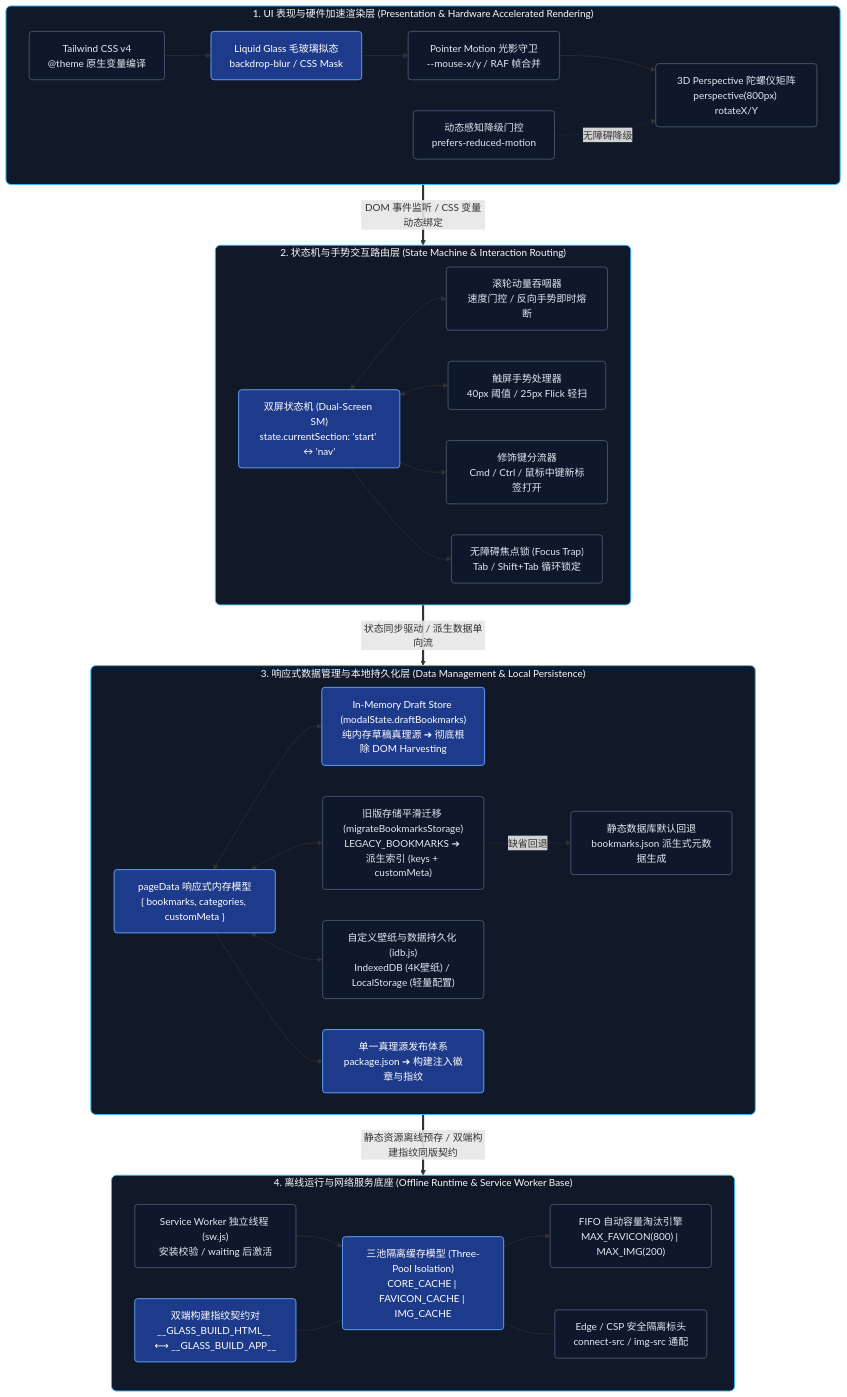
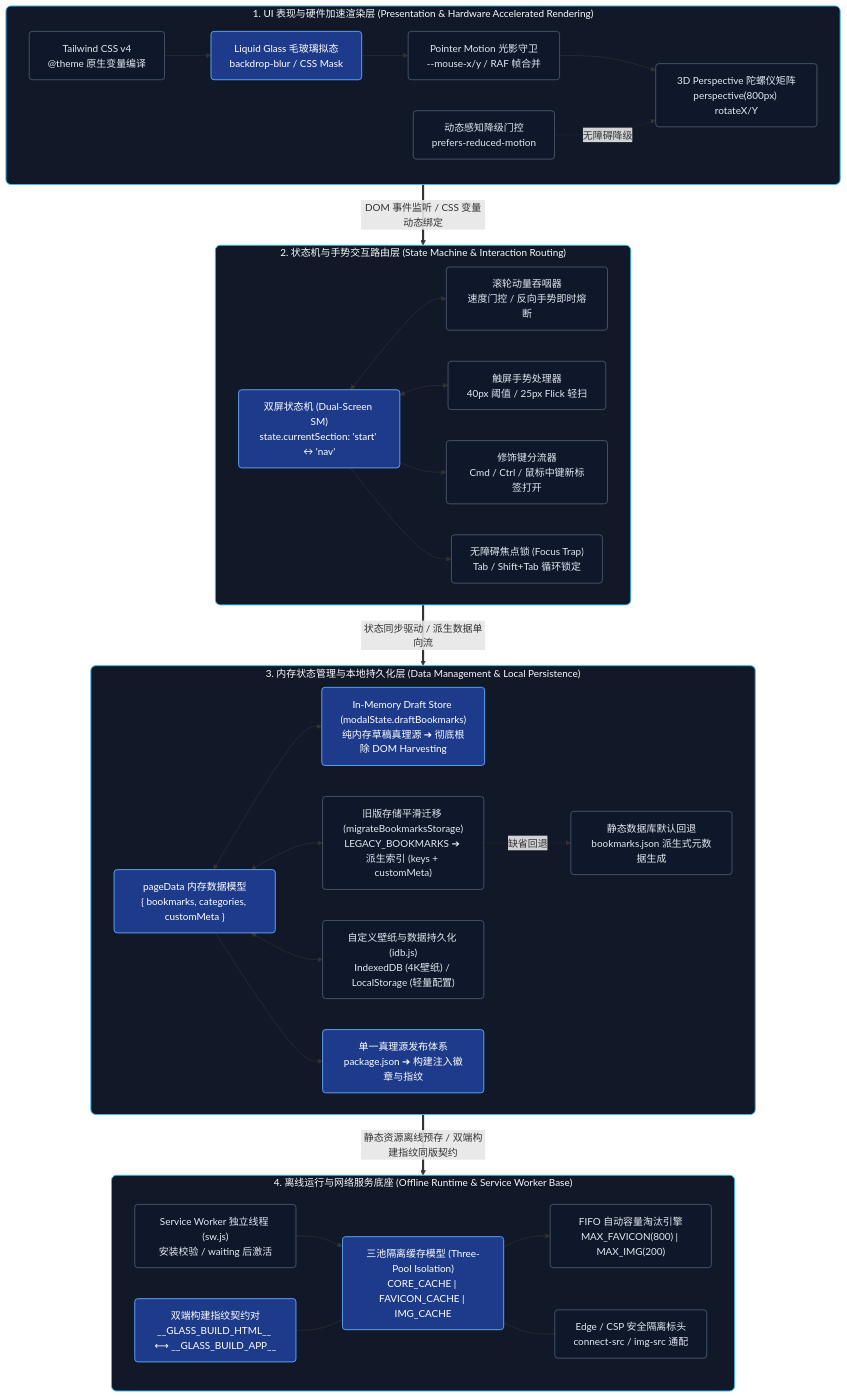
Before and after one commit to leosdcn/glass-start: the first of 5 diagrams in ARCHITECTURE.md, drawn with Mermaid. The commit also changed other lines of this file and 37 other files, not shown here.

First line of the commit message:
release: v5.0.0 architecture cleanup and test hardening

````diff
--- a/ARCHITECTURE.md
+++ b/ARCHITECTURE.md
@@ -23,73 +23,73 @@
 ```mermaid
 flowchart TD
     %% ======================= LAYER 1: UI & HARDWARE RENDERING =======================
     subgraph L1 [" 1. UI 表现与硬件加速渲染层 (Presentation & Hardware Accelerated Rendering) "]
         direction LR
         TW4["Tailwind CSS v4<br/>@theme 原生变量编译"]:::nodeBox
         LG["Liquid Glass 毛玻璃拟态<br/>backdrop-blur / CSS Mask"]:::activeBox
         PMG["Pointer Motion 光影守卫<br/>--mouse-x/y / RAF 帧合并"]:::nodeBox
         T3D["3D Perspective 陀螺仪矩阵<br/>perspective(800px) rotateX/Y"]:::nodeBox
         A11Y_MOT["动态感知降级门控<br/>prefers-reduced-motion"]:::nodeBox
 
         TW4 --> LG --> PMG --> T3D
         A11Y_MOT -.->|"无障碍降级"| T3D
     end
 
     %% ======================= LAYER 2: STATE MACHINE & INTERACTION =======================
     subgraph L2 [" 2. 状态机与手势交互路由层 (State Machine & Interaction Routing) "]
         direction LR
         SM["双屏状态机 (Dual-Screen SM)<br/>state.currentSection: 'start' ↔ 'nav'"]:::activeBox
         WHEEL["滚轮动量吞咽器<br/>速度门控 / 反向手势即时熔断"]:::nodeBox
         TOUCH["触屏手势处理器<br/>40px 阈值 / 25px Flick 轻扫"]:::nodeBox
         ROUTER["修饰键分流器<br/>Cmd / Ctrl / 鼠标中键新标签打开"]:::nodeBox
         FOCUS_TRAP["无障碍焦点锁 (Focus Trap)<br/>Tab / Shift+Tab 循环锁定"]:::nodeBox
 
         SM <--> WHEEL
         SM <--> TOUCH
         SM --> ROUTER
         SM --> FOCUS_TRAP
     end
 
     %% ======================= LAYER 3: DATA PERSISTENCE =======================
-    subgraph L3 [" 3. 响应式数据管理与本地持久化层 (Data Management & Local Persistence) "]
+    subgraph L3 [" 3. 内存状态管理与本地持久化层 (Data Management & Local Persistence) "]
         direction LR
-        RUNTIME["pageData 响应式内存模型<br/>{ bookmarks, categories, customMeta }"]:::activeBox
+        RUNTIME["pageData 内存数据模型<br/>{ bookmarks, categories, customMeta }"]:::activeBox
         DRAFT_STORE["In-Memory Draft Store (modalState.draftBookmarks)<br/>纯内存草稿真理源 ➔ 彻底根除 DOM Harvesting"]:::activeBox
         MIGRATION["旧版存储平滑迁移 (migrateBookmarksStorage)<br/>LEGACY_BOOKMARKS ➔ 派生索引 (keys + customMeta)"]:::nodeBox
         ASSET_STORE["自定义壁纸与数据持久化 (idb.js)<br/>IndexedDB (4K壁纸) / LocalStorage (轻量配置)"]:::nodeBox
         FALLBACK_JSON["静态数据库默认回退<br/>bookmarks.json 派生式元数据生成"]:::nodeBox
         SSOT["单一真理源发布体系<br/>package.json ➔ 构建注入徽章与指纹"]:::activeBox
 
         RUNTIME <--> DRAFT_STORE
         RUNTIME <--> MIGRATION
         RUNTIME <--> ASSET_STORE
         MIGRATION -.->|"缺省回退"| FALLBACK_JSON
         RUNTIME --> SSOT
     end
 
     %% ======================= LAYER 4: SERVICE WORKER & SECURITY =======================
     subgraph L4 [" 4. 离线运行与网络服务底座 (Offline Runtime & Service Worker Base) "]
         direction LR
         SW_THREAD["Service Worker 独立线程 (sw.js)<br/>安装校验 / waiting 后激活"]:::nodeBox
         THREE_CACHE["三池隔离缓存模型 (Three-Pool Isolation)<br/>CORE_CACHE | FAVICON_CACHE | IMG_CACHE"]:::activeBox
         FIFO_PRUNE["FIFO 自动容量淘汰引擎<br/>MAX_FAVICON(800) | MAX_IMG(200)"]:::nodeBox
         CSP_SEC["Edge / CSP 安全隔离标头<br/>connect-src / img-src 通配"]:::nodeBox
         BUILD_FP["双端构建指纹契约对<br/>__GLASS_BUILD_HTML__ ⟷ __GLASS_BUILD_APP__"]:::activeBox
 
         SW_THREAD --> THREE_CACHE --> FIFO_PRUNE
         THREE_CACHE --- CSP_SEC
         BUILD_FP --- THREE_CACHE
     end
 
     %% ======================= LAYER INTERCONNECTIONS =======================
     L1 ==>|"DOM 事件监听 / CSS 变量动态绑定"| L2
     L2 ==>|"状态同步驱动 / 派生数据单向流"| L3
     L3 ==>|"静态资源离线预存 / 双端构建指纹同版契约"| L4
 
     %% ======================= STYLES =======================
     classDef layerBox fill:#111827,stroke:#38bdf8,stroke-width:1.5px,color:#f8fafc,rx:8px
     classDef nodeBox fill:#0f172a,stroke:#64748b,stroke-width:1px,color:#e2e8f0,rx:5px
     classDef activeBox fill:#1e3a8a,stroke:#60a5fa,stroke-width:1.5px,color:#ffffff,rx:5px
 
     class L1,L2,L3,L4 layerBox
 ```
````
